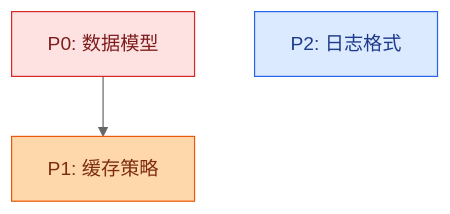
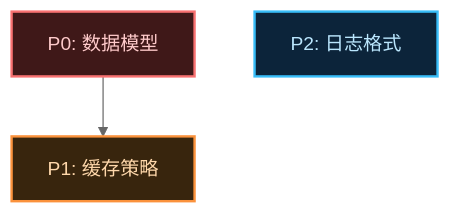
One commit to zhushanwen321/xyz-pi-extensions changed the diagram in extensions/coding-workflow/skills/design-visual-explainer/references/mermaid-theming.md. Above: the diagram before and after it, drawn with Mermaid (neutral theme). The commit also changed other lines of this file and 10 other files, not shown here.

````diff
--- a/extensions/coding-workflow/skills/design-visual-explainer/references/mermaid-theming.md
+++ b/extensions/coding-workflow/skills/design-visual-explainer/references/mermaid-theming.md
@@ -75,10 +77,10 @@
 ```mermaid
 graph TD
   I1[P0: 数据模型]:::p0
   I2[P1: 缓存策略]:::p1
   I3[P2: 日志格式]:::p2
   I1 --> I2
-  classDef p0 fill:#fee2e2,stroke:#dc2626,color:#7f1d1d
-  classDef p1 fill:#fed7aa,stroke:#ea580c,color:#7c2d12
-  classDef p2 fill:#dbeafe,stroke:#2563eb,color:#1e3a8a
+  classDef p0 fill:#3f1818,stroke:#f87171,stroke-width:2px,color:#fecaca
+  classDef p1 fill:#38250d,stroke:#fb923c,stroke-width:2px,color:#fed7aa
+  classDef p2 fill:#0c243a,stroke:#38bdf8,stroke-width:2px,color:#bae6fd
 ```
````
